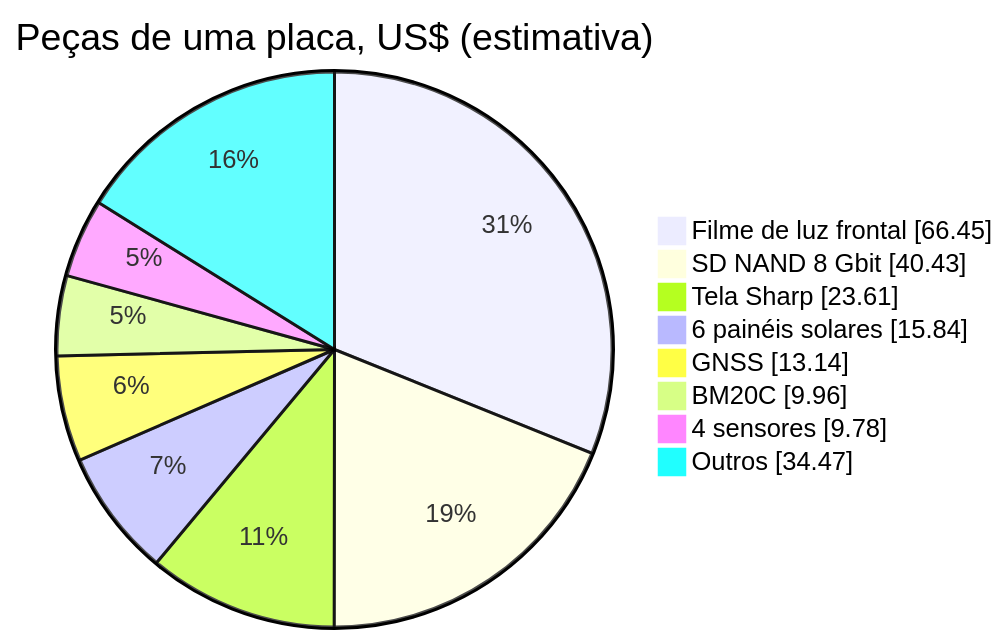
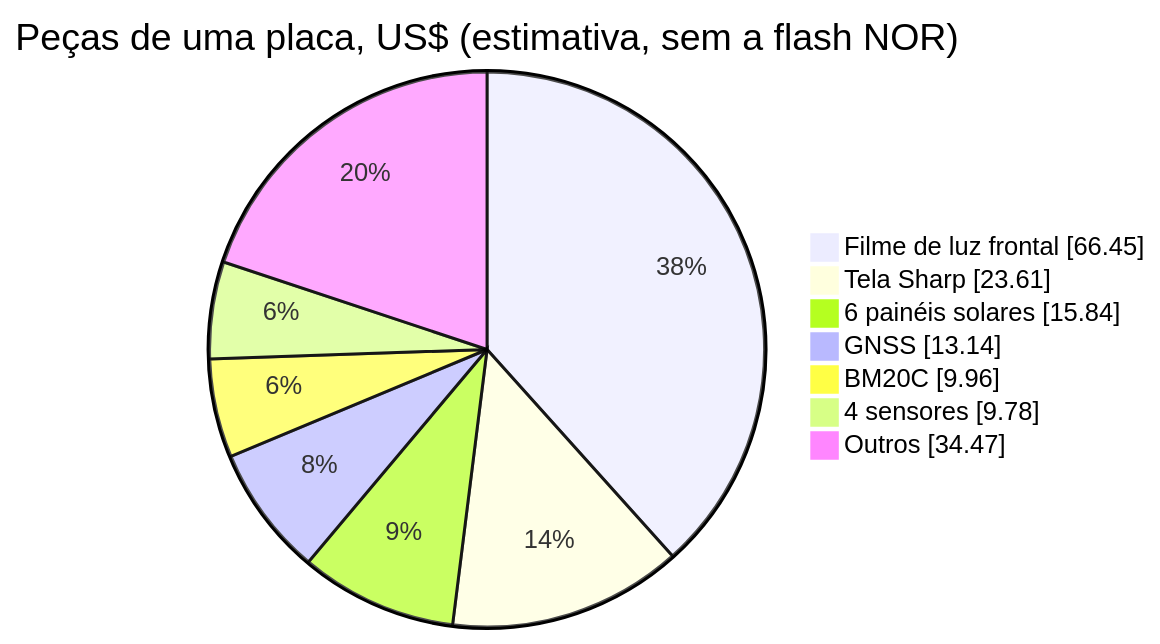
Before and after one commit to Guiimartinho/gnss-bike-computer: the second of 2 diagrams in docs/19-lista-de-compras.md, drawn with Mermaid. The commit also changed other lines of this file and 32 other files, not shown here.

````diff
--- a/docs/19-lista-de-compras.md
+++ b/docs/19-lista-de-compras.md
@@ -219,12 +221,11 @@
 ```mermaid
 pie showData
-    title Peças de uma placa, US$ (estimativa)
+    title Peças de uma placa, US$ (estimativa, sem a flash NOR)
     "Filme de luz frontal" : 66.45
-    "SD NAND 8 Gbit" : 40.43
     "Tela Sharp" : 23.61
     "6 painéis solares" : 15.84
     "GNSS" : 13.14
     "BM20C" : 9.96
     "4 sensores" : 9.78
     "Outros" : 34.47
 ```
````
